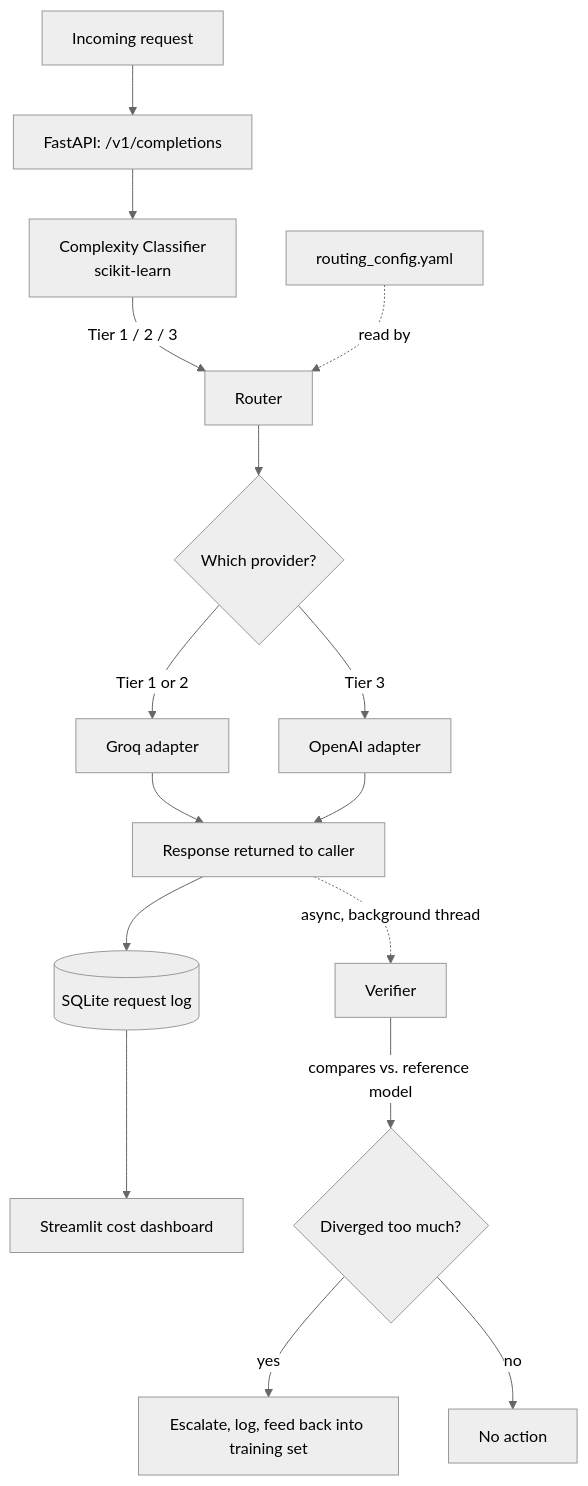
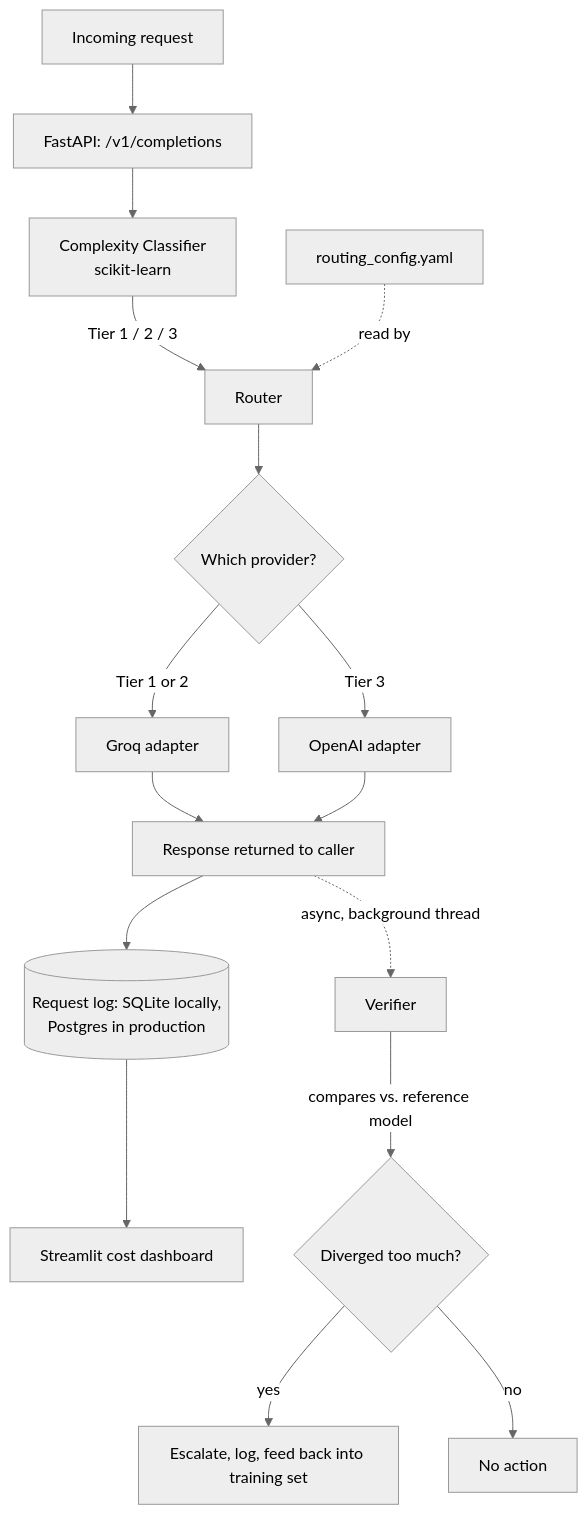
Before and after one commit to 19himanshurane/llm-cost-autopilot: the diagram in README.md, drawn with Mermaid (neutral theme). The commit also changed other lines of this file and 4 other files, not shown here.

````diff
--- a/README.md
+++ b/README.md
@@ -82,18 +86,18 @@
 ```mermaid
 flowchart TD
     A[Incoming request] --> B[FastAPI: /v1/completions]
     B --> C[Complexity Classifier<br/>scikit-learn]
     C -->|Tier 1 / 2 / 3| D[Router]
     E[routing_config.yaml] -.read by.-> D
     D --> F{Which provider?}
     F -->|Tier 1 or 2| G[Groq adapter]
     F -->|Tier 3| H[OpenAI adapter]
     G --> I[Response returned to caller]
     H --> I
-    I --> J[(SQLite request log)]
+    I --> J[(Request log: SQLite locally,<br/>Postgres in production)]
     J --> K[Streamlit cost dashboard]
     I -.async, background thread.-> L[Verifier]
     L -->|compares vs. reference model| M{Diverged too much?}
     M -->|yes| N[Escalate, log, feed back into training set]
     M -->|no| O[No action]
 ```
````
